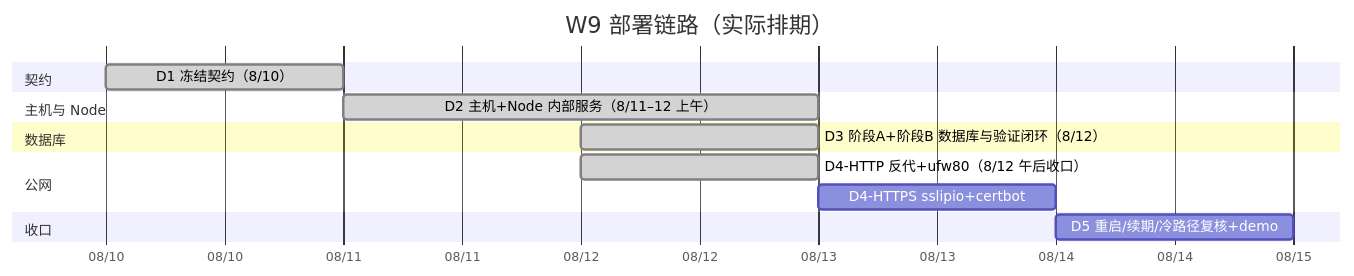
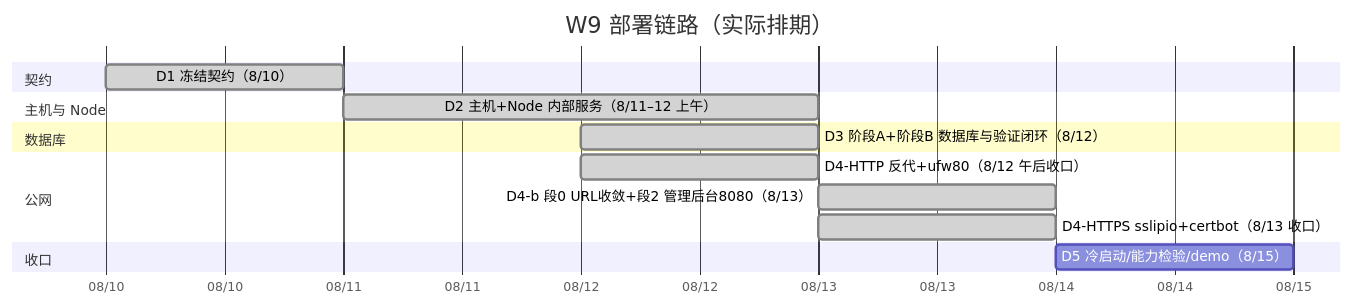
Before and after one commit to NiceFreak/nodejs-skillup: the second of 8 diagrams in week9-deployment/notes/week9-roadmap-d1-d4.md, drawn with Mermaid. The commit also changed other lines of this file, not shown here.

````diff
--- a/week9-deployment/notes/week9-roadmap-d1-d4.md
+++ b/week9-deployment/notes/week9-roadmap-d1-d4.md
@@ -45,18 +47,19 @@
 ```mermaid
 gantt
     title W9 部署链路（实际排期）
     dateFormat  YYYY-MM-DD
     axisFormat  %m/%d
 
     section 契约
     D1 冻结契约（8/10）          :done, d1, 2026-08-10, 1d
     section 主机与 Node
     D2 主机+Node 内部服务（8/11–12 上午） :done, d2, 2026-08-11, 2d
     section 数据库
     D3 阶段A+阶段B 数据库与验证闭环（8/12） :done, d3, 2026-08-12, 1d
     section 公网
     D4-HTTP 反代+ufw80（8/12 午后收口） :done, d4h, 2026-08-12, 1d
-    D4-HTTPS sslipio+certbot            :d4s, after d4h, 1d
+    D4-b 段0 URL收敛+段2 管理后台8080（8/13） :done, d4b, 2026-08-13, 1d
+    D4-HTTPS sslipio+certbot（8/13 收口） :done, d4s, 2026-08-13, 1d
     section 收口
-    D5 重启/续期/冷路径复核+demo          :d5, after d4s, 1d
+    D5 冷启动/能力检验/demo（8/15）      :d5, after d4s, 1d
 ```
````
